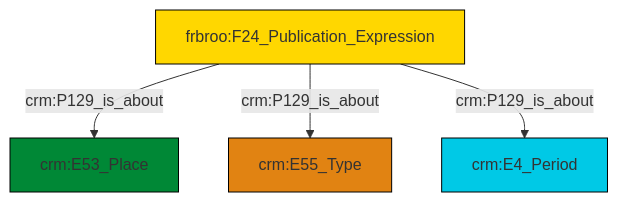
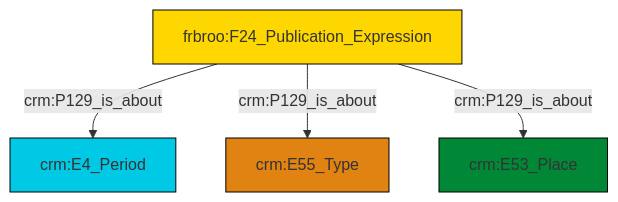
One commit to swiss-art-research-net/docs.swissartresearch changed the diagram in et/biblioCSV/ttl/mmd/biblio_aboutness.ttl.mmd. Above: the diagram before and after it, drawn with Mermaid. The commit also changed 174 other files, not shown here.

```diff
--- a/et/biblioCSV/ttl/mmd/biblio_aboutness.ttl.mmd
+++ b/et/biblioCSV/ttl/mmd/biblio_aboutness.ttl.mmd
@@ -1,18 +1,18 @@
 graph TD
 classDef Literal fill:#f2f2f2,stroke:#000000;
 classDef CRM_Entity fill:#FFFFFF,stroke:#000000;
 classDef Temporal_Entity fill:#00C9E6, stroke:#000000;
 classDef Type fill:#E18312, stroke:#000000;
 classDef Time-Span fill:#2C9C91, stroke:#000000;
 classDef Appellation fill:#FFEB7F, stroke:#000000;
 classDef Place fill:#008836, stroke:#000000;
 classDef Persistent_Item fill:#B266B2, stroke:#000000;
 classDef Conceptual_Object fill:#FFD700, stroke:#000000;
 classDef Physical_Thing fill:#D2B48C, stroke:#000000;
 classDef Actor fill:#f58aad, stroke:#000000;
 classDef PC_Classes fill:#4ce600, stroke:#000000;
 classDef Multi fill:#cccccc,stroke:#000000;
 
-2["frbroo:F24_Publication_Expression"]:::Conceptual_Object -->|crm:P129_is_about| 3["crm:E53_Place"]:::Place
-2["frbroo:F24_Publication_Expression"]:::Conceptual_Object -->|crm:P129_is_about| 0["crm:E55_Type"]:::Type
-2["frbroo:F24_Publication_Expression"]:::Conceptual_Object -->|crm:P129_is_about| 4["crm:E4_Period"]:::Temporal_Entity
+2["frbroo:F24_Publication_Expression"]:::Conceptual_Object -->|crm:P129_is_about| 0["crm:E4_Period"]:::Temporal_Entity
+2["frbroo:F24_Publication_Expression"]:::Conceptual_Object -->|crm:P129_is_about| 6["crm:E55_Type"]:::Type
+2["frbroo:F24_Publication_Expression"]:::Conceptual_Object -->|crm:P129_is_about| 4["crm:E53_Place"]:::Place
```
